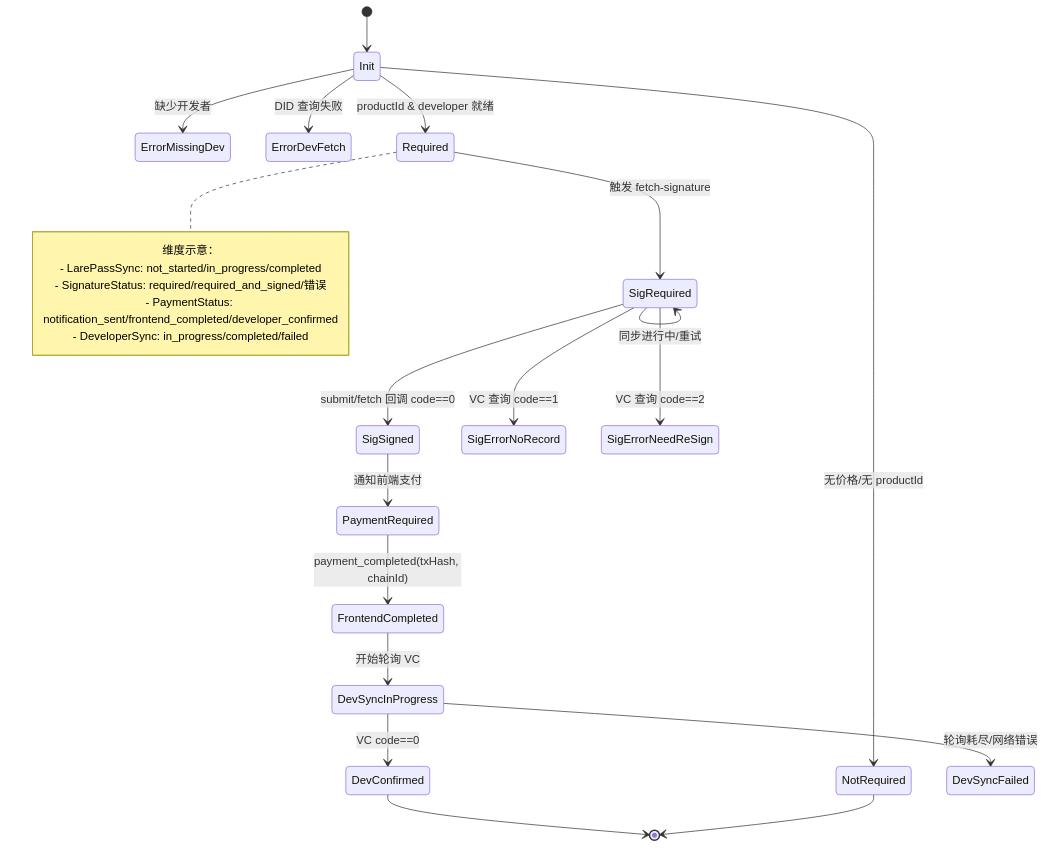
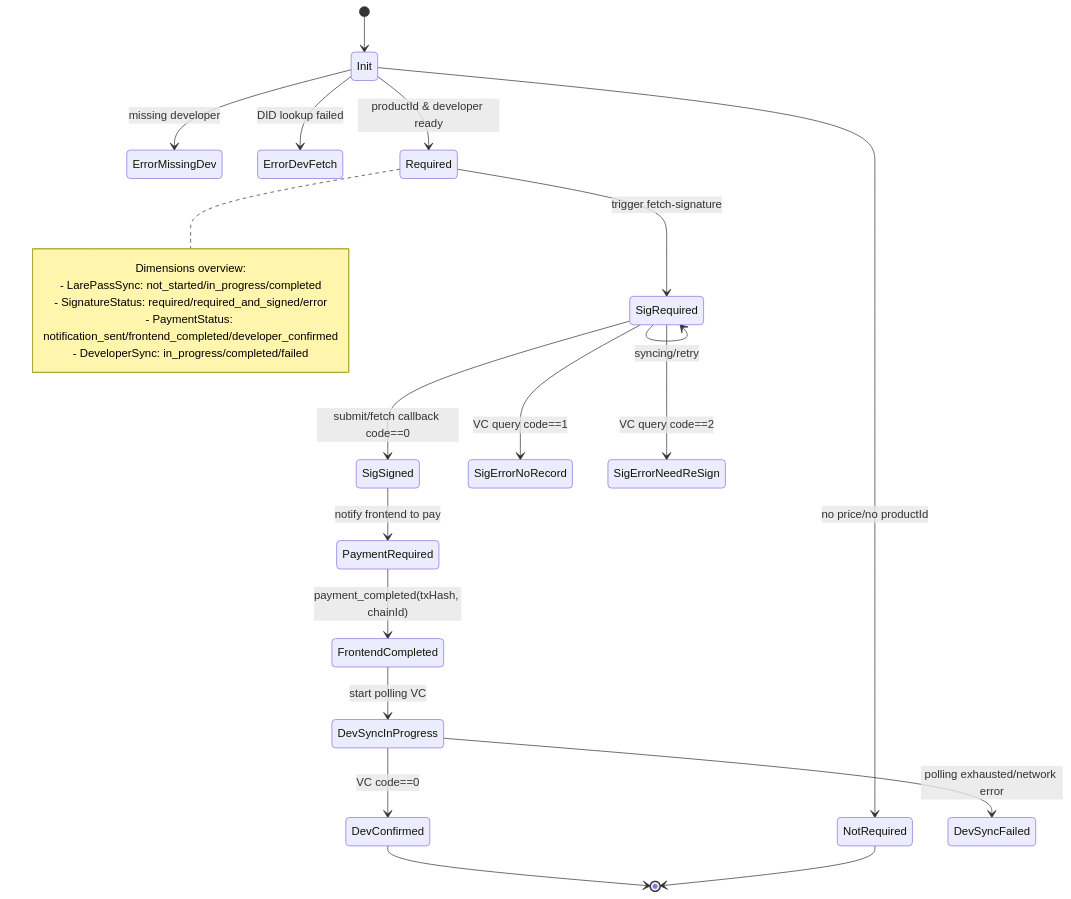
Before and after one commit to beclab/market: the diagram in internal/v2/paymentnew/README.md, drawn with Mermaid. The commit also changed other lines of this file and 4 other files, not shown here.

````diff
--- a/internal/v2/paymentnew/README.md
+++ b/internal/v2/paymentnew/README.md
@@ -158,32 +158,32 @@
 ```mermaid
 stateDiagram-v2
     [*] --> Init
-    Init --> NotRequired: 无价格/无 productId
-    Init --> ErrorMissingDev: 缺少开发者
-    Init --> ErrorDevFetch: DID 查询失败
-    Init --> Required: productId & developer 就绪
+    Init --> NotRequired: no price/no productId
+    Init --> ErrorMissingDev: missing developer
+    Init --> ErrorDevFetch: DID lookup failed
+    Init --> Required: productId & developer ready
 
-    Required --> SigRequired: 触发 fetch-signature
-    SigRequired --> SigRequired: 同步进行中/重试
-    SigRequired --> SigSigned: submit/fetch 回调 code==0
-    SigRequired --> SigErrorNoRecord: VC 查询 code==1
-    SigRequired --> SigErrorNeedReSign: VC 查询 code==2
+    Required --> SigRequired: trigger fetch-signature
+    SigRequired --> SigRequired: syncing/retry
+    SigRequired --> SigSigned: submit/fetch callback code==0
+    SigRequired --> SigErrorNoRecord: VC query code==1
+    SigRequired --> SigErrorNeedReSign: VC query code==2
 
-    SigSigned --> PaymentRequired: 通知前端支付
+    SigSigned --> PaymentRequired: notify frontend to pay
     PaymentRequired --> FrontendCompleted: payment_completed(txHash, chainId)
 
-    FrontendCompleted --> DevSyncInProgress: 开始轮询 VC
+    FrontendCompleted --> DevSyncInProgress: start polling VC
     DevSyncInProgress --> DevConfirmed: VC code==0
-    DevSyncInProgress --> DevSyncFailed: 轮询耗尽/网络错误
+    DevSyncInProgress --> DevSyncFailed: polling exhausted/network error
 
     DevConfirmed --> [*]
     NotRequired --> [*]
 
     note right of Required
-      维度示意：
+      Dimensions overview:
       - LarePassSync: not_started/in_progress/completed
-      - SignatureStatus: required/required_and_signed/错误
+      - SignatureStatus: required/required_and_signed/error
       - PaymentStatus: notification_sent/frontend_completed/developer_confirmed
       - DeveloperSync: in_progress/completed/failed
     end note
 ```
````
